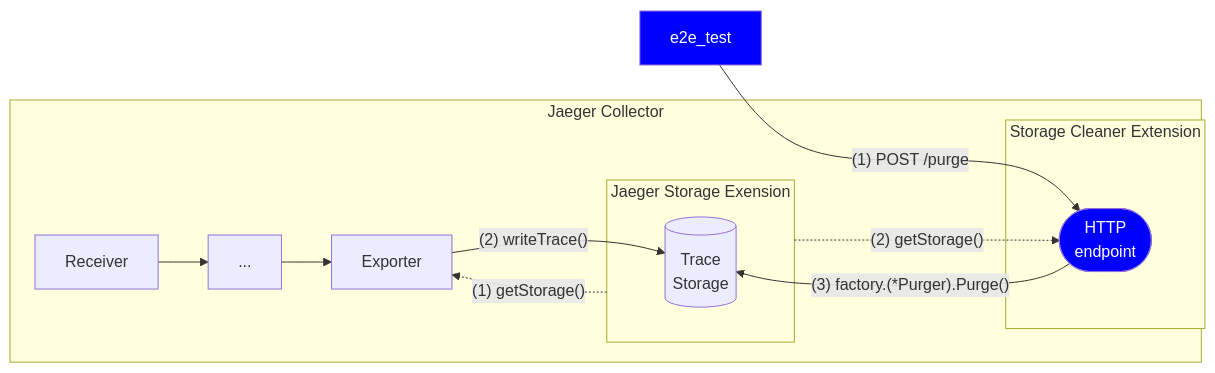
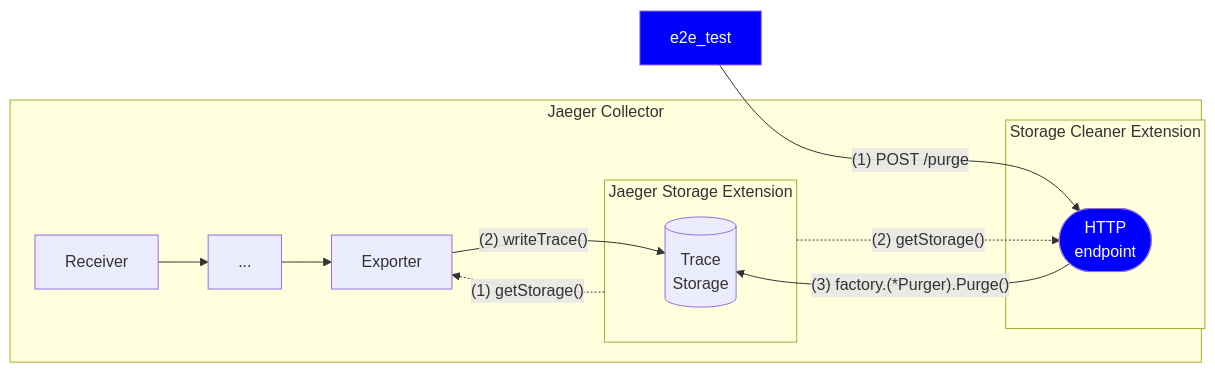
Before and after one commit to jaegertracing/jaeger: the second of 4 diagrams in cmd/jaeger/internal/integration/README.md, drawn with Mermaid.

Commit message:
Fix typo in integration README

````diff
--- a/cmd/jaeger/internal/integration/README.md
+++ b/cmd/jaeger/internal/integration/README.md
@@ -36,29 +36,29 @@
 ```mermaid
 flowchart LR
     Receiver --> Processor
     Processor[...] --> Exporter
-    JaegerStorageExension -.->|"(1) getStorage()"| Exporter
+    JaegerStorageExtension -.->|"(1) getStorage()"| Exporter
     Exporter -->|"(2) writeTrace()"| Storage
 
     e2e_test -->|"(1) POST /purge"| HTTP_endpoint
-    JaegerStorageExension -.->|"(2) getStorage()"| HTTP_endpoint
+    JaegerStorageExtension -.->|"(2) getStorage()"| HTTP_endpoint
     HTTP_endpoint -->|"(3) factory.(*Purger).Purge()"| Storage
 
     style e2e_test fill:blue,color:white
     style HTTP_endpoint fill:blue,color:white
 
     subgraph Jaeger Collector
         Receiver
         Processor
         Exporter
 
-        subgraph JaegerStorageExension[Jaeger Storage Exension]
+        subgraph JaegerStorageExtension[Jaeger Storage Extension]
             Storage[(Trace
                      Storage)]
         end
         subgraph StorageCleanerExtension[Storage Cleaner Extension]
             HTTP_endpoint([HTTP
                            endpoint])
         end
     end
 ```
````
